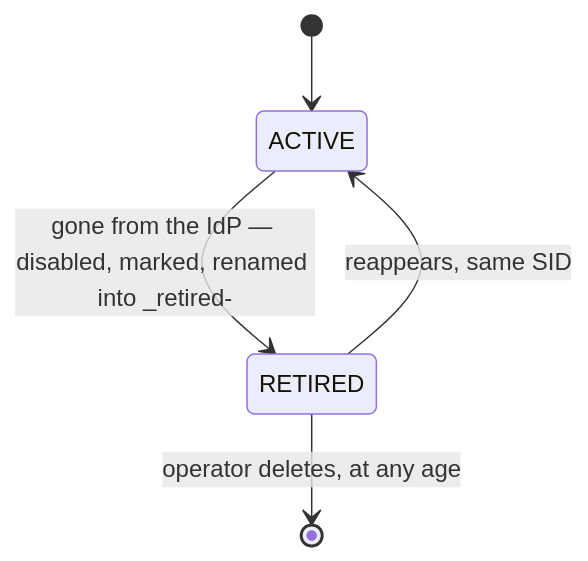
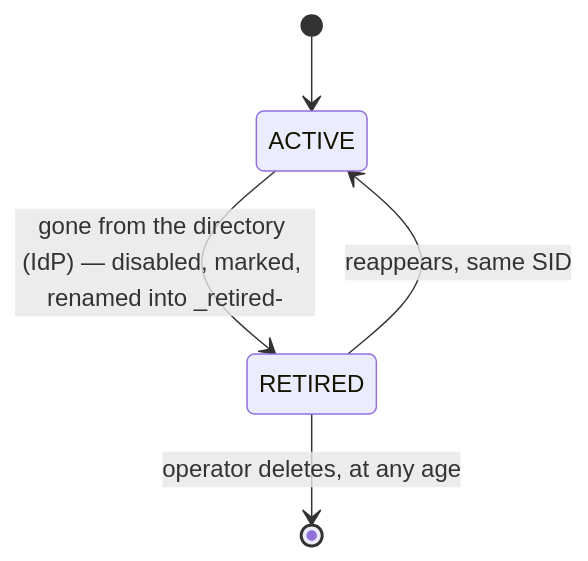
The second of 2 diagrams in docs/design/identity-and-directory.md (elonen/kerbridge), drawn with Mermaid before and after one commit. The commit also changed other lines of this file and 33 other files, not shown here.

````diff
--- a/docs/design/identity-and-directory.md
+++ b/docs/design/identity-and-directory.md
@@ -322,7 +352,7 @@
 ```mermaid
 stateDiagram-v2
     [*] --> ACTIVE
-    ACTIVE --> RETIRED: gone from the IdP — disabled, marked, renamed into _retired-
+    ACTIVE --> RETIRED: gone from the directory (IdP) — disabled, marked, renamed into _retired-
     RETIRED --> ACTIVE: reappears, same SID
     RETIRED --> [*]: operator deletes, at any age
 ```
````
